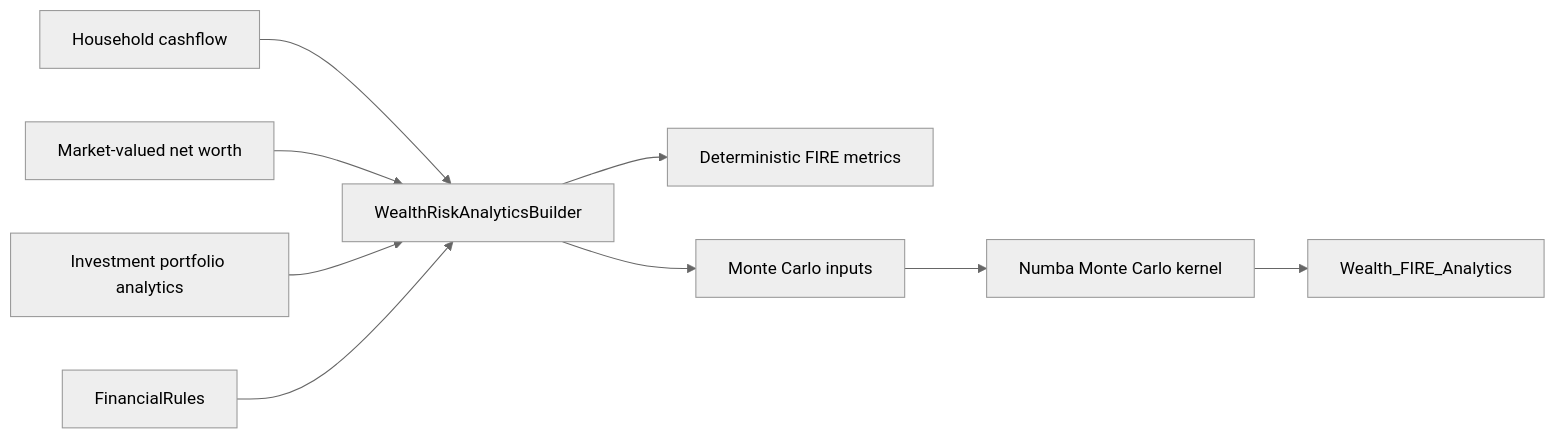
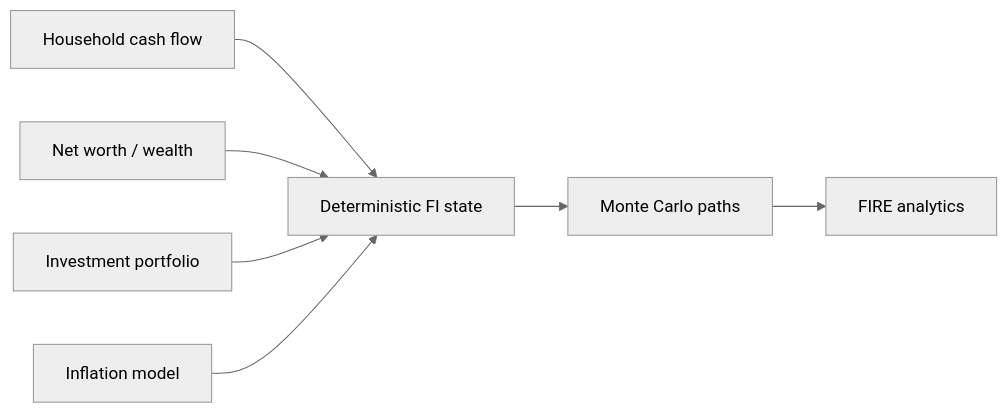
One commit to tks18/personal-finance-etl changed the first of 2 diagrams in docs/finance/fire-methodology.md. Above: the diagram before and after it, drawn with Mermaid (neutral theme). The commit also changed other lines of this file and 11 other files, not shown here.

````diff
--- a/docs/finance/fire-methodology.md
+++ b/docs/finance/fire-methodology.md
@@ -10,11 +29,15 @@
 ```mermaid
 flowchart LR
-    H[Household cashflow] --> W[WealthRiskAnalyticsBuilder]
-    N[Market-valued net worth] --> W
-    I[Investment portfolio analytics] --> W
-    R[FinancialRules] --> W
-    W --> D[Deterministic FIRE metrics]
-    W --> M[Monte Carlo inputs]
-    M --> MC[Numba Monte Carlo kernel]
-    MC --> G[Wealth_FIRE_Analytics]
+    H["Household cash flow"]
+    W["Net worth / wealth"]
+    I["Investment portfolio"]
+    CPI["Inflation model"]
+
+    H --> D["Deterministic FI state"]
+    W --> D
+    I --> D
+    CPI --> D
+
+    D --> MC["Monte Carlo paths"]
+    MC --> G["FIRE analytics"]
 ```
````
